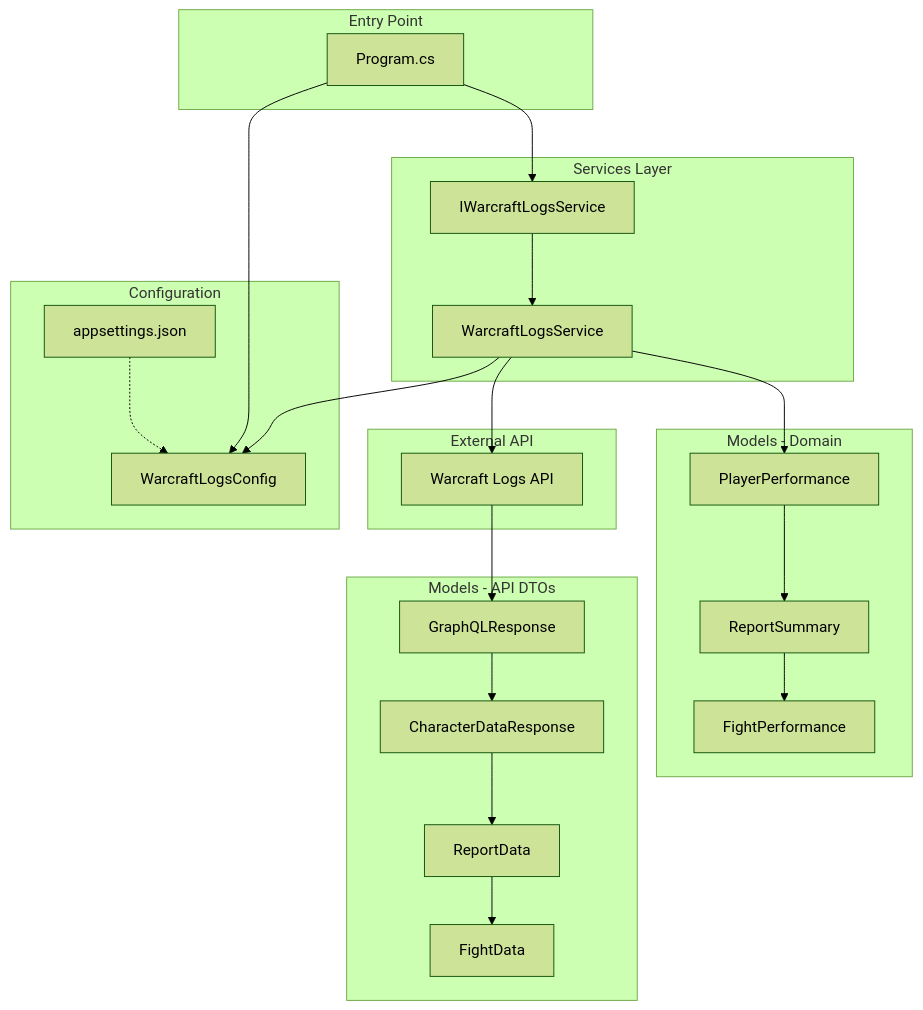
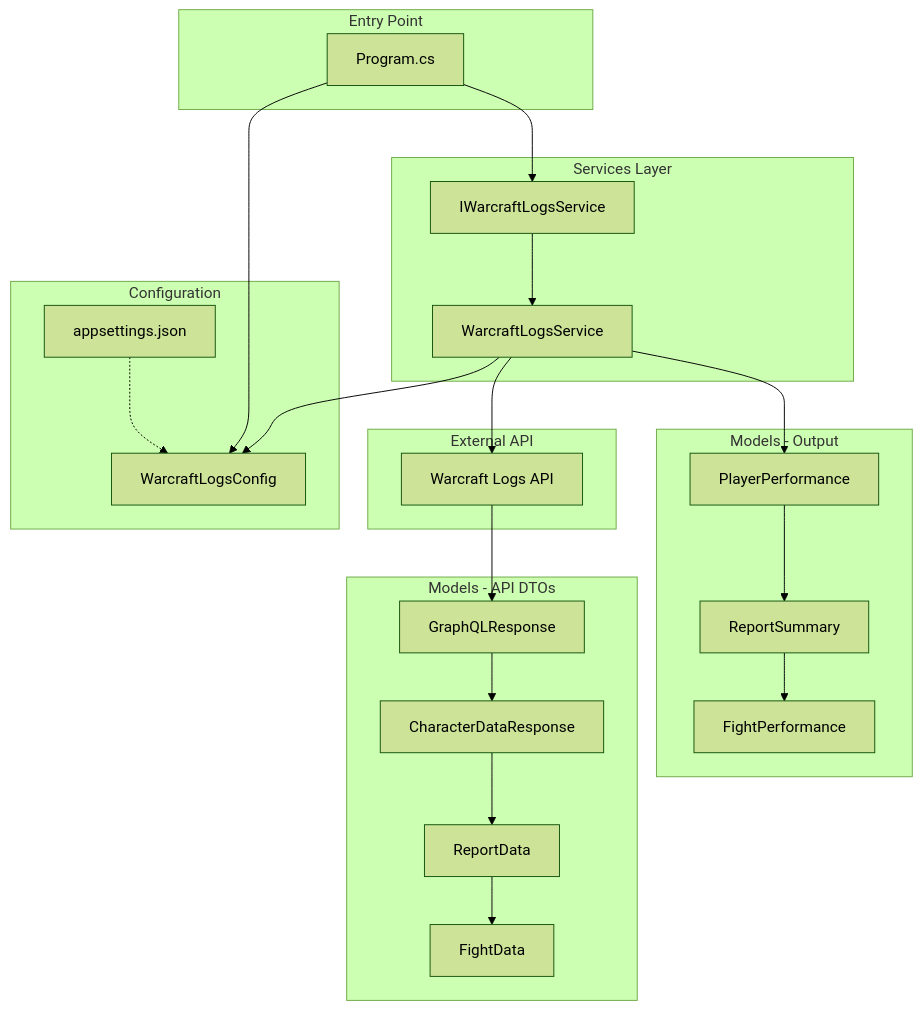
Before and after one commit to Daniel092025/PersonalPerformance: the diagram in Mermaid.md, drawn with Mermaid (forest theme). The commit also changed 4 other files, not shown here.

````diff
--- a/Mermaid.md
+++ b/Mermaid.md
@@ -1,49 +1,49 @@
 ```mermaid
 
 graph TB
     subgraph "Entry Point"
         Program[Program.cs]
     end
 
     subgraph "Configuration"
         AppSettings[appsettings.json]
         Config[WarcraftLogsConfig]
     end
 
     subgraph "Services Layer"
         Interface[IWarcraftLogsService]
         Service[WarcraftLogsService]
     end
 
     subgraph "External API"
         WCL[Warcraft Logs API]
     end
 
-    subgraph "Models - Domain"
+    subgraph "Models - Output"
         PlayerPerf[PlayerPerformance]
         ReportSum[ReportSummary]
         FightPerf[FightPerformance]
     end
 
     subgraph "Models - API DTOs"
         GraphQLResp[GraphQLResponse]
         CharData[CharacterDataResponse]
         ReportData[ReportData]
         FightData[FightData]
     end
 
     Program --> Config
     Program --> Interface
     Interface --> Service
     Service --> Config
     Service --> WCL
     WCL --> GraphQLResp
     Service --> PlayerPerf
     GraphQLResp --> CharData
     CharData --> ReportData
     ReportData --> FightData
     PlayerPerf --> ReportSum
     ReportSum --> FightPerf
     AppSettings -.-> Config
 
 ```
````
